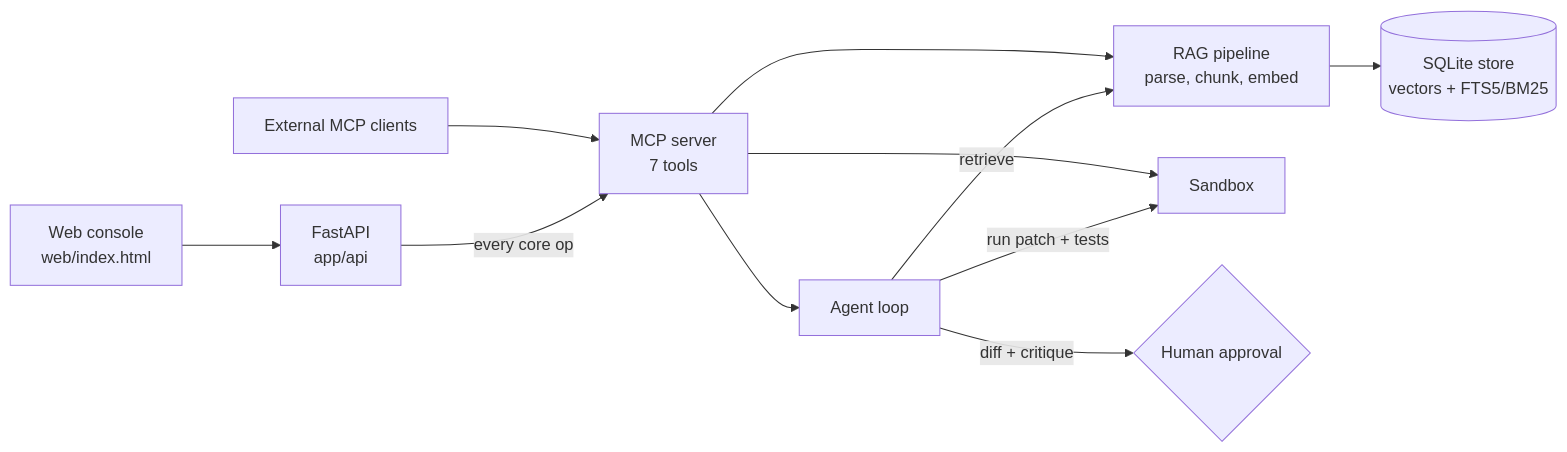
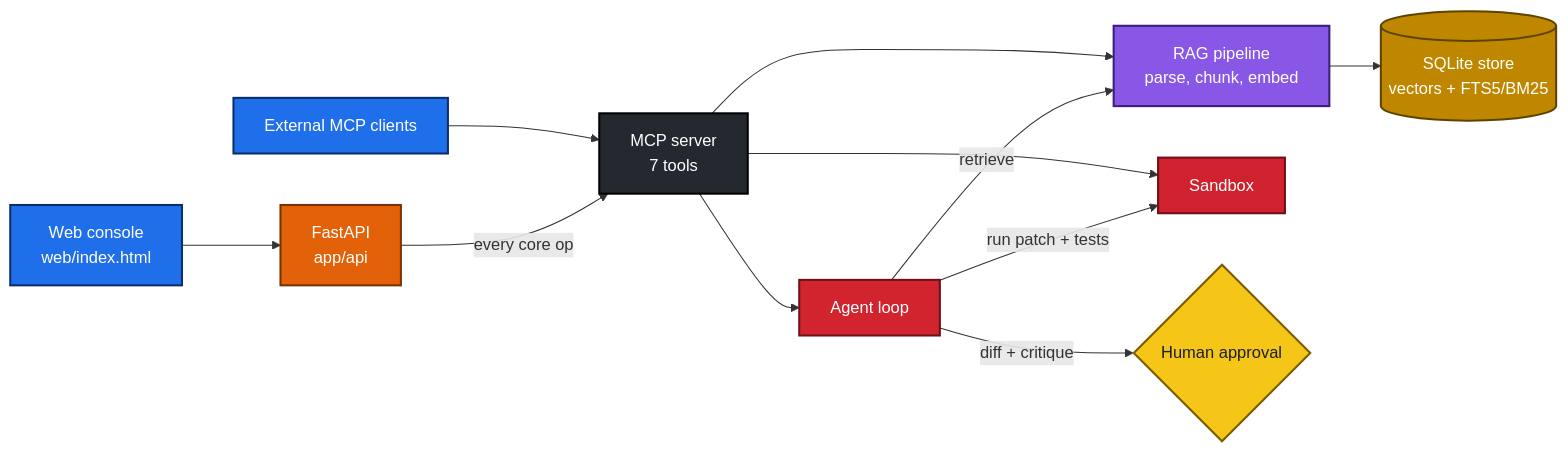
The first of 2 diagrams in README.md (sourabhvamdevan/Aegisdev), drawn with Mermaid before and after one commit. The commit also changed other lines of this file, not shown here.

````diff
--- a/README.md
+++ b/README.md
@@ -53,13 +53,33 @@
 ```mermaid
 flowchart LR
     UI[Web console<br/>web/index.html] --> API[FastAPI<br/>app/api]
     EXT[External MCP clients] --> MCP
     API -->|every core op| MCP[MCP server<br/>7 tools]
     MCP --> RAG[RAG pipeline<br/>parse, chunk, embed]
     MCP --> AGENT[Agent loop]
     MCP --> SBX[Sandbox]
     RAG --> STORE[(SQLite store<br/>vectors + FTS5/BM25)]
     AGENT -->|retrieve| RAG
     AGENT -->|run patch + tests| SBX
     AGENT -->|diff + critique| APPROVE{Human approval}
+
+    classDef ext fill:#1f6feb,stroke:#0a3069,color:#ffffff,stroke-width:2px
+    classDef ingest fill:#8957e5,stroke:#3b1e7a,color:#ffffff,stroke-width:2px
+    classDef store fill:#bf8700,stroke:#5c4400,color:#ffffff,stroke-width:2px
+    classDef engine fill:#d1242f,stroke:#6e1018,color:#ffffff,stroke-width:2px
+    classDef api fill:#e36209,stroke:#7a3300,color:#ffffff,stroke-width:2px
+    classDef front fill:#1a7f37,stroke:#0b3d1a,color:#ffffff,stroke-width:2px
+    classDef view fill:#0e8a8a,stroke:#054545,color:#ffffff,stroke-width:2px
+    classDef good fill:#2da44e,stroke:#0b3d1a,color:#ffffff,stroke-width:2px
+    classDef bad fill:#cf222e,stroke:#6e1018,color:#ffffff,stroke-width:2px
+    classDef decide fill:#f5c518,stroke:#7a5c00,color:#1b1f24,stroke-width:2px
+    classDef dark fill:#24292f,stroke:#000000,color:#ffffff,stroke-width:2px
+    class UI,EXT ext
+    class API api
+    class MCP dark
+    class RAG ingest
+    class AGENT engine
+    class SBX bad
+    class STORE store
+    class APPROVE decide
 ```
````
